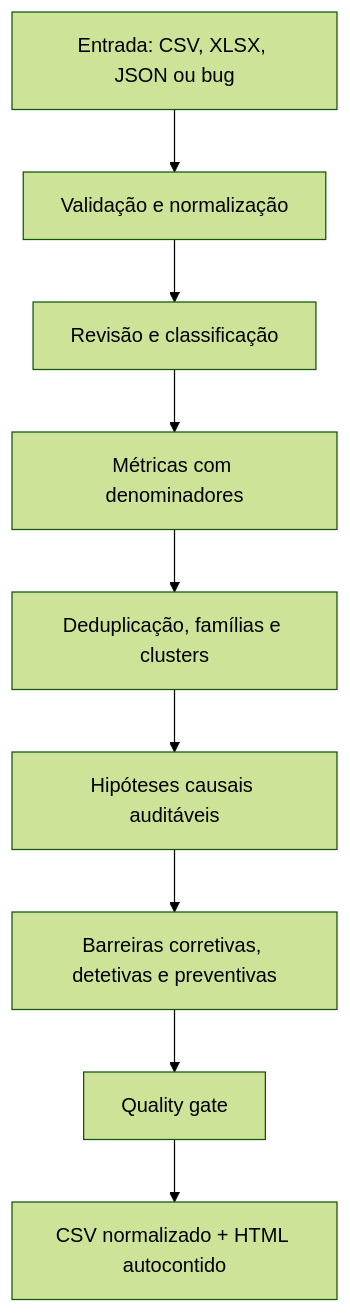
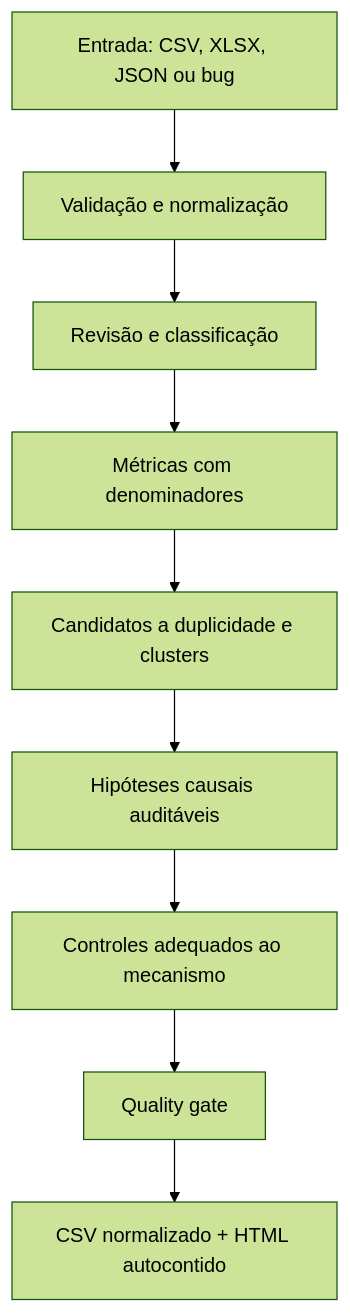
The diagram in README.md (Mr-Lucasz/rca-agent-lab), drawn with Mermaid (forest theme) before and after one commit. The commit also changed other lines of this file and 43 other files, not shown here.

````diff
--- a/README.md
+++ b/README.md
@@ -5,11 +5,11 @@
 ```mermaid
 flowchart TD
     A["Entrada: CSV, XLSX, JSON ou bug"] --> B["Validação e normalização"]
     B --> C["Revisão e classificação"]
     C --> D["Métricas com denominadores"]
-    D --> E["Deduplicação, famílias e clusters"]
+    D --> E["Candidatos a duplicidade e clusters"]
     E --> F["Hipóteses causais auditáveis"]
-    F --> G["Barreiras corretivas, detetivas e preventivas"]
+    F --> G["Controles adequados ao mecanismo"]
     G --> H["Quality gate"]
     H --> I["CSV normalizado + HTML autocontido"]
 ```
````
